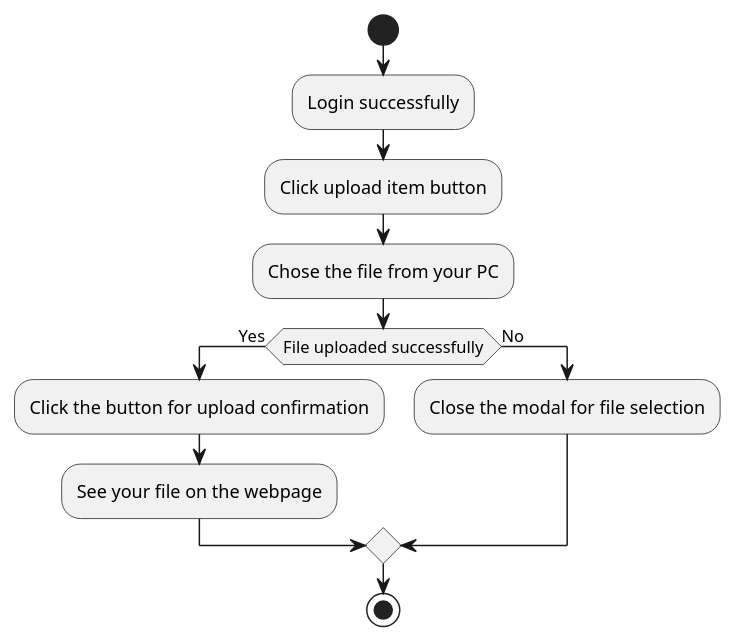
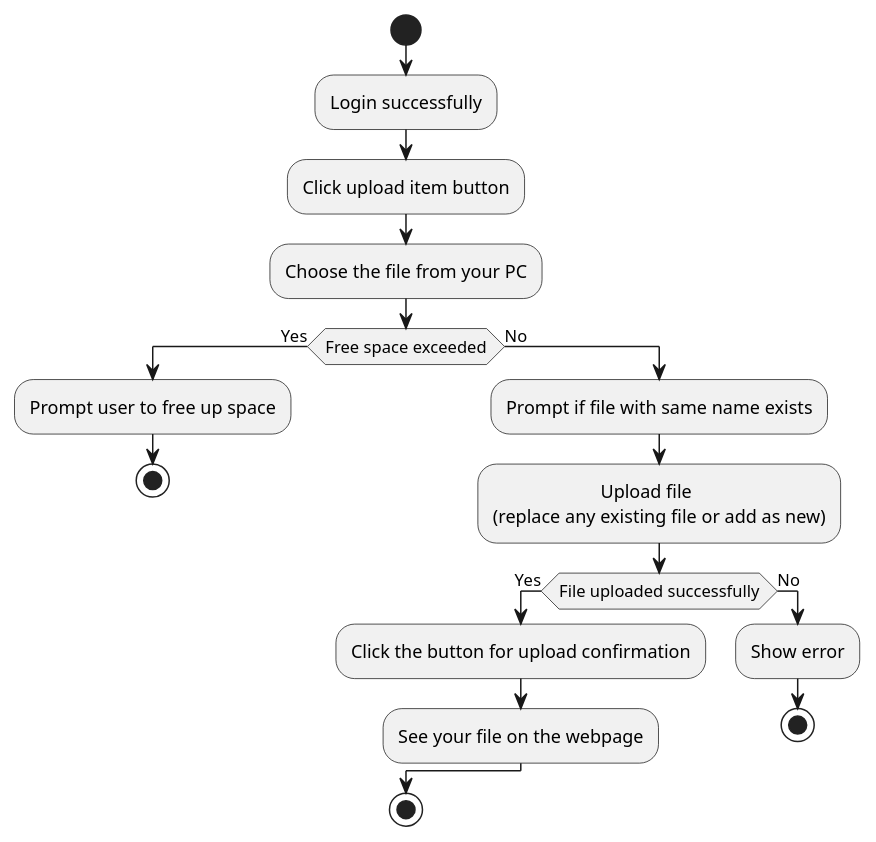
Before and after one commit to hakanyildizhan/pwr-22-spring-css-ii-st-gpp: the diagram in docs/activity-diagrams/upload-file.puml, drawn with PlantUML. The commit also changed 2 other files, not shown here.

```diff
--- a/docs/activity-diagrams/upload-file.puml
+++ b/docs/activity-diagrams/upload-file.puml
@@ -1,15 +1,26 @@
-@startuml
+@startuml Upload File
 start
 :Login successfully;
 :Click upload item button;
-:Chose the file from your PC;
-if (File uploaded successfully) then
+:Choose the file from your PC;
+if (Free space exceeded) then
  ->Yes;
- :Click the button for upload confirmation;
- :See your file on the webpage;
+ :Prompt user to free up space;
+ stop
 else
  ->No;
- :Close the modal for file selection;
+ :Prompt if file with same name exists;
+ :                       Upload file 
+ (replace any existing file or add as new);
+ if (File uploaded successfully) then
+  ->Yes;
+  :Click the button for upload confirmation;
+  :See your file on the webpage;
+ else
+  ->No;
+  :Show error;
+  stop
+ endif
 endif
 stop
 @enduml
```
